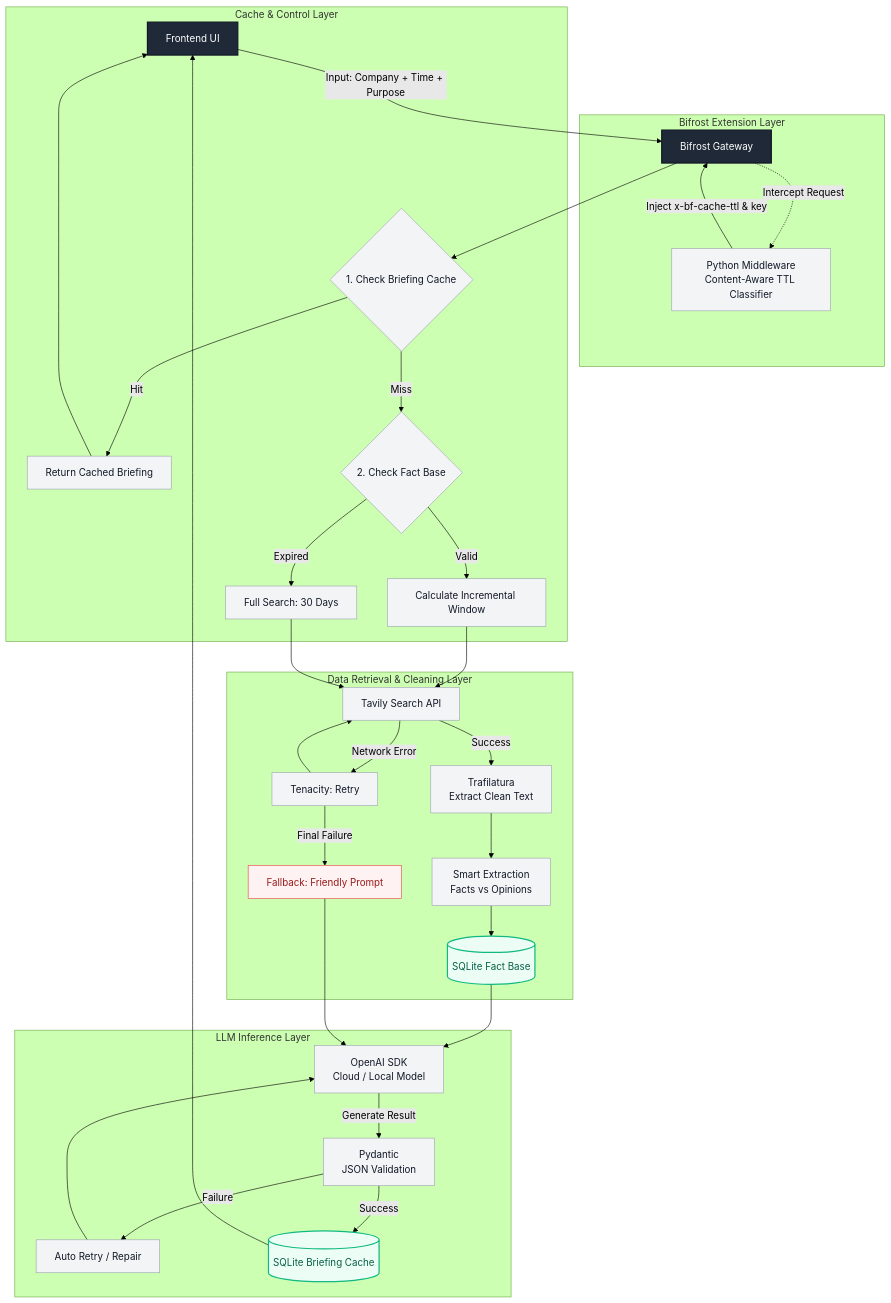
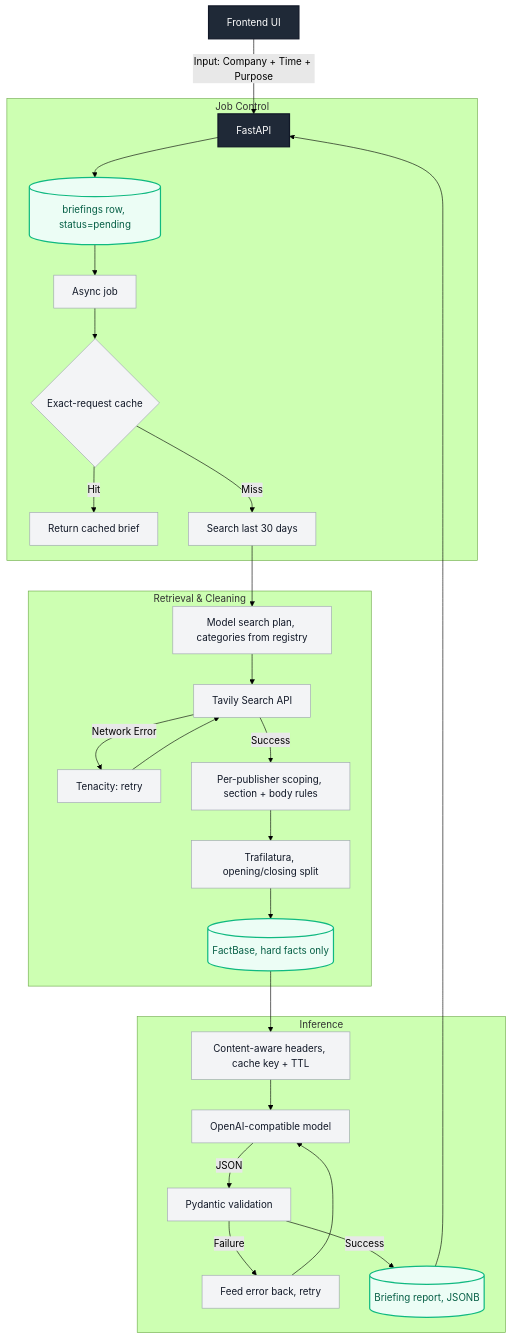
Before and after one commit to olise366oi/BriefCortex: the diagram in README.md, drawn with Mermaid (forest theme). The commit also changed other lines of this file and 54 other files, not shown here.

Commit message:
feat: evidence pipeline, incremental retrieval, gateway routing and migrations

````diff
--- a/README.md
+++ b/README.md
@@ -40,61 +40,48 @@
 ```mermaid
 graph TD
-    %% ---------- Frontend & Gateway ----------
-    UI[Frontend UI] -->|Input: Company + Time + Purpose| GW[Bifrost Gateway]
+    %% ---------- Frontend & API ----------
+    UI[Frontend UI] -->|Input: Company + Time + Purpose| API[FastAPI]
 
-    %% ---------- Bifrost extension ----------
-    subgraph EXT["Bifrost Extension Layer"]
-        GW -.->|Intercept Request| Midware["Python Middleware<br/>Content-Aware TTL Classifier"]
-        Midware -->|Inject x-bf-cache-ttl & key| GW
-    end
-
-    %% ---------- Cache & control ----------
-    subgraph CACHE["Cache & Control Layer"]
-        GW --> CheckBrief{"1. Check Briefing Cache"}
-        CheckBrief -- Hit --> ReturnCache[Return Cached Briefing]
-        ReturnCache --> UI
-        CheckBrief -- Miss --> CheckFact{"2. Check Fact Base"}
-        CheckFact -- Valid --> CalcDelta[Calculate Incremental Window]
-        CheckFact -- Expired --> FullSearch[Full Search: 30 Days]
+    %% ---------- Job control ----------
+    subgraph CONTROL["Job Control"]
+        API --> Record[(briefings row, status=pending)]
+        Record --> Job[Async job]
+        Job --> CheckBrief{"Exact-request cache"}
+        CheckBrief -- Hit --> ReturnCache[Return cached brief]
+        CheckBrief -- Miss --> FullSearch[Search last 30 days]
     end
 
     %% ---------- Retrieval & cleaning ----------
-    subgraph RETRIEVE["Data Retrieval & Cleaning Layer"]
-        CalcDelta --> Tavily[Tavily Search API]
-        FullSearch --> Tavily
+    subgraph RETRIEVE["Retrieval & Cleaning"]
+        FullSearch --> Planner["Model search plan, categories from registry"]
+        Planner --> Tavily[Tavily Search API]
 
-        Tavily -- Network Error --> Tenacity["Tenacity: Retry"]
+        Tavily -- Network Error --> Tenacity["Tenacity: retry"]
         Tenacity --> Tavily
-        Tenacity -- Final Failure --> Fallback[Fallback: Friendly Prompt]
 
-        Tavily -- Success --> Trafilatura["Trafilatura<br/>Extract Clean Text"]
-        Trafilatura --> SmartExtract["Smart Extraction<br/>Facts vs Opinions"]
-
-        SmartExtract --> FactDB[(SQLite Fact Base)]
+        Tavily -- Success --> Scope["Per-publisher scoping, section + body rules"]
+        Scope --> Extract["Trafilatura, opening/closing split"]
+        Extract --> FactBase[(FactBase, hard facts only)]
     end
 
-    %% ---------- LLM inference ----------
-    subgraph INFER["LLM Inference Layer"]
-        FactDB --> LLM["OpenAI SDK<br/>Cloud / Local Model"]
-        Fallback --> LLM
-
-        LLM -->|Generate Result| Pydantic["Pydantic<br/>JSON Validation"]
-        Pydantic -- Failure --> RetryLLM[Auto Retry / Repair]
+    %% ---------- Inference ----------
+    subgraph INFER["Inference"]
+        FactBase --> Headers["Content-aware headers, cache key + TTL"]
+        Headers --> LLM["OpenAI-compatible model"]
+        LLM -->|JSON| Validate["Pydantic validation"]
+        Validate -- Failure --> RetryLLM["Feed error back, retry"]
         RetryLLM --> LLM
-        Pydantic -- Success --> SaveBrief[(SQLite Briefing Cache)]
+        Validate -- Success --> SaveBrief[(Briefing report, JSONB)]
     end
 
-    SaveBrief --> UI
+    SaveBrief --> API
 
     %% ---------- Styling ----------
     classDef edgeNode fill:#1f2937,stroke:#111827,stroke-width:2px,color:#ffffff
     classDef layerNode fill:#f3f4f6,stroke:#9ca3af,stroke-width:1px,color:#111827
     classDef storeNode fill:#ecfdf5,stroke:#10b981,stroke-width:2px,color:#065f46
-    classDef failNode fill:#fef2f2,stroke:#ef4444,stroke-width:1px,color:#991b1b
 
-    class GW,UI edgeNode
-    class Midware,CheckBrief,CheckFact,CalcDelta,FullSearch,ReturnCache layerNode
-    class Tavily,Tenacity,Trafilatura,SmartExtract,LLM,Pydantic,RetryLLM layerNode
-    class FactDB,SaveBrief storeNode
-    class Fallback failNode
+    class API,UI edgeNode
+    class Job,CheckBrief,ReturnCache,FullSearch,Planner,Tavily,Tenacity,Scope,Extract,Headers,LLM,Validate,RetryLLM layerNode
+    class Record,FactBase,SaveBrief storeNode
 ```
````
